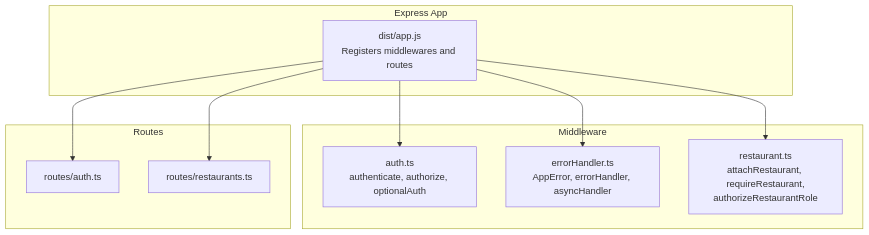
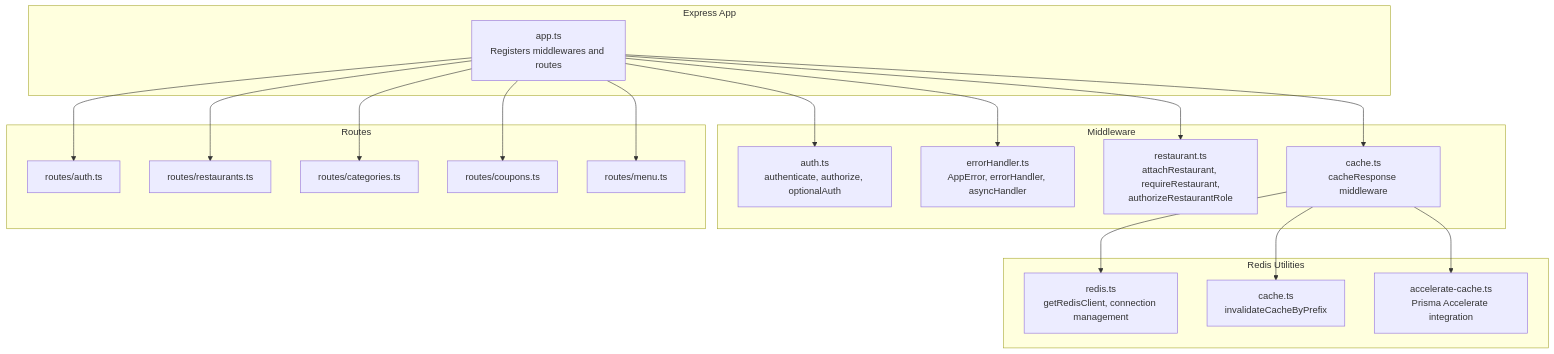
Before and after one commit to Dequeue-Tech/DeQ-Bite: the first of 7 diagrams in .qoder/repowiki/en/content/Backend System/Middleware System.md, drawn with Mermaid. The commit also changed other lines of this file and 25 other files, not shown here.

````diff
--- a/.qoder/repowiki/en/content/Backend System/Middleware System.md
+++ b/.qoder/repowiki/en/content/Backend System/Middleware System.md
@@ -42,20 +60,36 @@
 ```mermaid
 graph TB
 subgraph "Express App"
-A["dist/app.js<br/>Registers middlewares and routes"]
+A["app.ts<br/>Registers middlewares and routes"]
 end
 subgraph "Middleware"
 M1["auth.ts<br/>authenticate, authorize, optionalAuth"]
 M2["errorHandler.ts<br/>AppError, errorHandler, asyncHandler"]
 M3["restaurant.ts<br/>attachRestaurant, requireRestaurant,<br/>authorizeRestaurantRole"]
+M4["cache.ts<br/>cacheResponse middleware"]
+end
+subgraph "Redis Utilities"
+R1["redis.ts<br/>getRedisClient, connection management"]
+R2["cache.ts<br/>invalidateCacheByPrefix"]
+R3["accelerate-cache.ts<br/>Prisma Accelerate integration"]
 end
 subgraph "Routes"
-R1["routes/auth.ts"]
-R2["routes/restaurants.ts"]
+R5["routes/auth.ts"]
+R6["routes/restaurants.ts"]
+R7["routes/categories.ts"]
+R8["routes/coupons.ts"]
+R9["routes/menu.ts"]
 end
 A --> M1
 A --> M2
 A --> M3
-A --> R1
-A --> R2
+A --> M4
+M4 --> R1
+M4 --> R2
+M4 --> R3
+A --> R5
+A --> R6
+A --> R7
+A --> R8
+A --> R9
 ```
````
